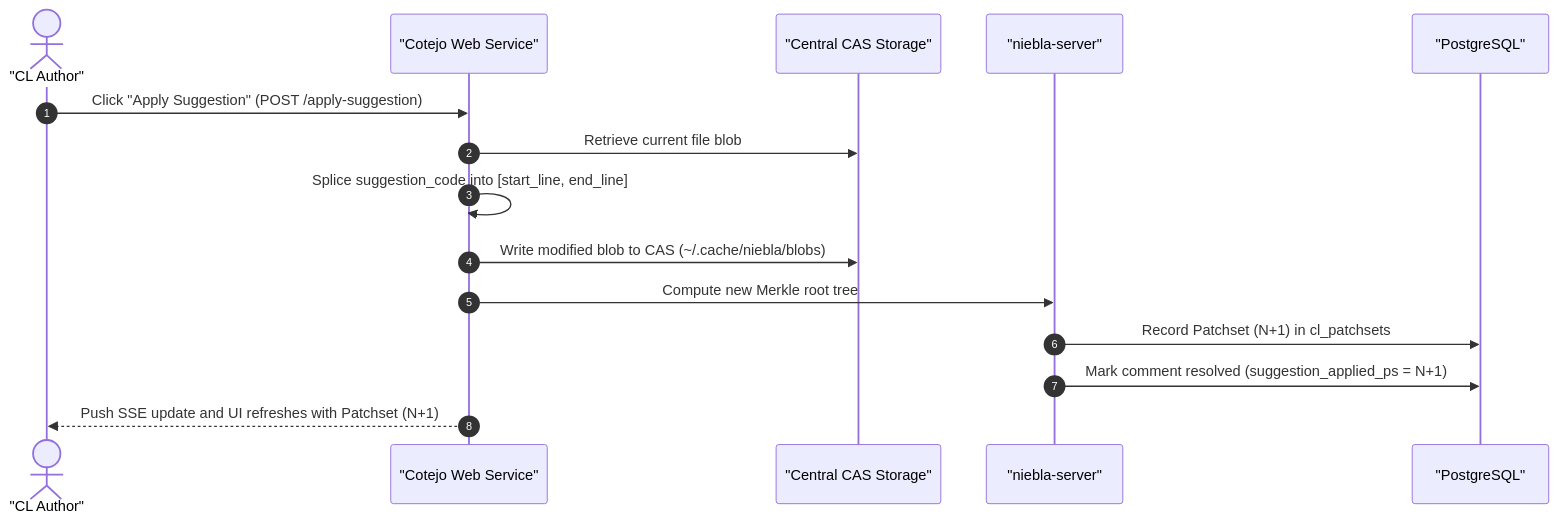
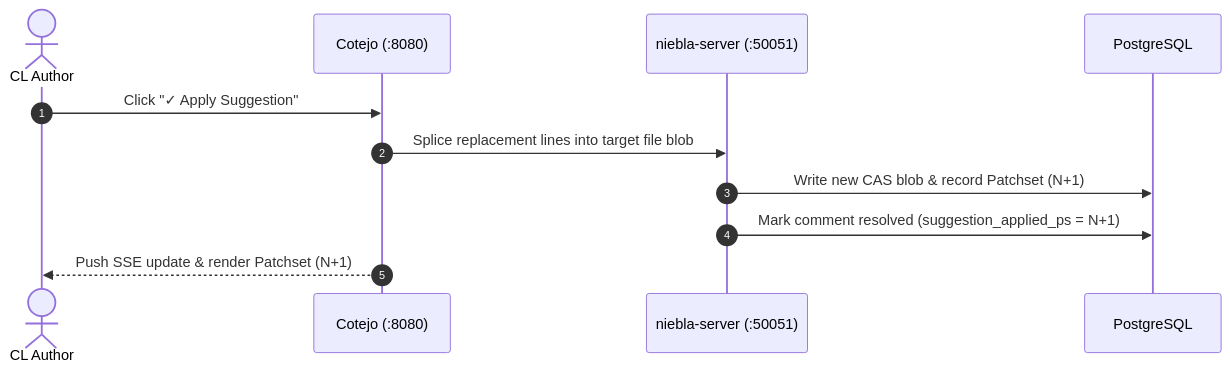
One commit to mrtnzjsh/niebla changed the diagram in docs-site/src/content/docs/cotejo/ai-assistance.md. Above: the diagram before and after it, drawn with Mermaid. The commit also changed other lines of this file and 40 other files, not shown here.

````diff
--- a/docs-site/src/content/docs/cotejo/ai-assistance.md
+++ b/docs-site/src/content/docs/cotejo/ai-assistance.md
@@ -95,18 +33,14 @@
 ```mermaid
 sequenceDiagram
     autonumber
-    actor Author as "CL Author"
-    participant Cotejo as "Cotejo Web Service"
-    participant CAS as "Central CAS Storage"
-    participant Server as "niebla-server"
-    participant DB as "PostgreSQL"
+    actor Author as CL Author
+    participant Cotejo as Cotejo (:8080)
+    participant Server as niebla-server (:50051)
+    participant DB as PostgreSQL
 
-    Author->>Cotejo: Click "Apply Suggestion" (POST /apply-suggestion)
-    Cotejo->>CAS: Retrieve current file blob
-    Cotejo->>Cotejo: Splice suggestion_code into [start_line, end_line]
-    Cotejo->>CAS: Write modified blob to CAS (~/.cache/niebla/blobs)
-    Cotejo->>Server: Compute new Merkle root tree
-    Server->>DB: Record Patchset (N+1) in cl_patchsets
+    Author->>Cotejo: Click "✓ Apply Suggestion"
+    Cotejo->>Server: Splice replacement lines into target file blob
+    Server->>DB: Write new CAS blob & record Patchset (N+1)
     Server->>DB: Mark comment resolved (suggestion_applied_ps = N+1)
-    Cotejo-->>Author: Push SSE update and UI refreshes with Patchset (N+1)
+    Cotejo-->>Author: Push SSE update & render Patchset (N+1)
 ```
````
